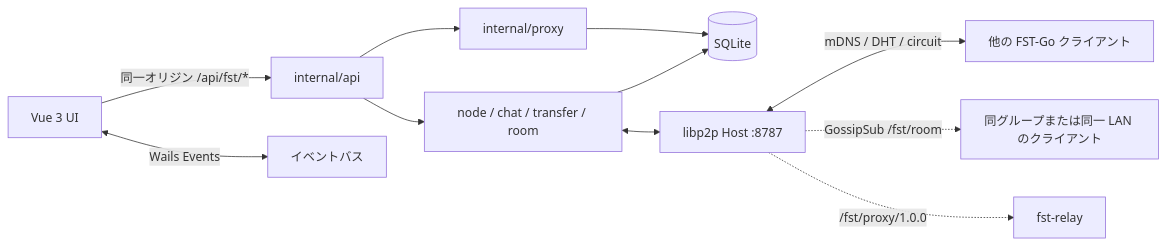
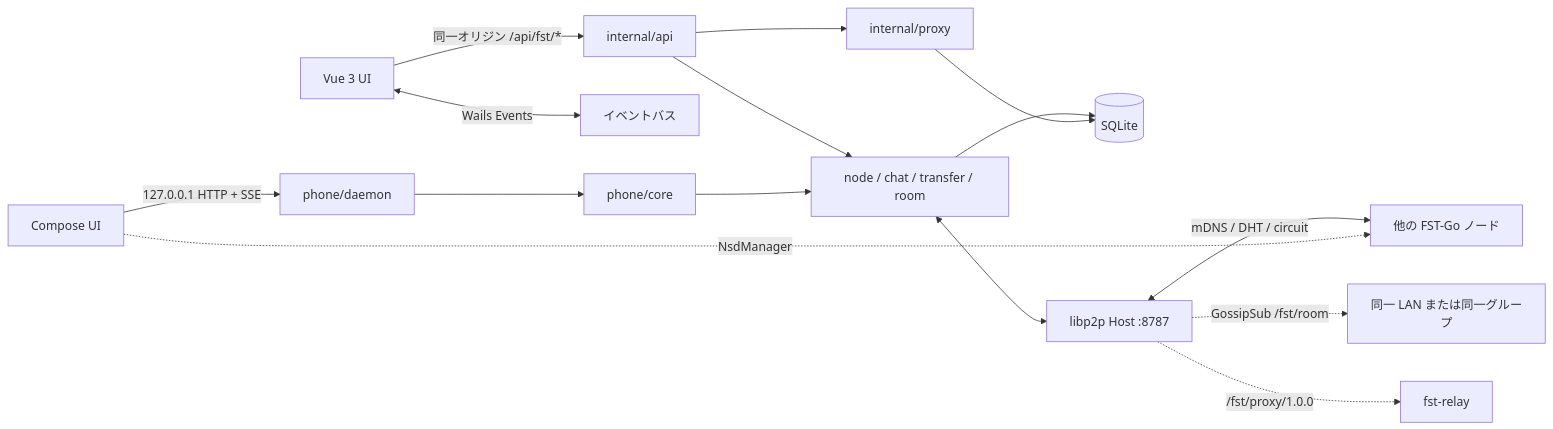
Before and after one commit to xuey490/Fst-go: the diagram in README_ja.md, drawn with Mermaid. The commit also changed other lines of this file and 2 other files, not shown here.

````diff
--- a/README_ja.md
+++ b/README_ja.md
@@ -99,13 +104,17 @@
 ```mermaid
 flowchart LR
   UI[Vue 3 UI] -->|同一オリジン /api/fst/*| API[internal/api]
   UI <-->|Wails Events| EVT[イベントバス]
+  KUI[Compose UI] -->|127.0.0.1 HTTP + SSE| DMN[phone/daemon]
+  DMN --> PCORE[phone/core]
   API --> CORE[node / chat / transfer / room]
   API --> PROXY[internal/proxy]
+  PCORE --> CORE
   CORE --> DB[(SQLite)]
   PROXY --> DB
   CORE <--> P2P[libp2p Host :8787]
-  P2P <-->|mDNS / DHT / circuit| PEER[他の FST-Go クライアント]
-  P2P -.->|GossipSub /fst/room| ROOM[同グループまたは同一 LAN のクライアント]
+  P2P <-->|mDNS / DHT / circuit| PEER[他の FST-Go ノード]
+  P2P -.->|GossipSub /fst/room| ROOM[同一 LAN または同一グループ]
   P2P -.->|/fst/proxy/1.0.0| RELAY[fst-relay]
+  KUI -.->|NsdManager| PEER
 ```
````
